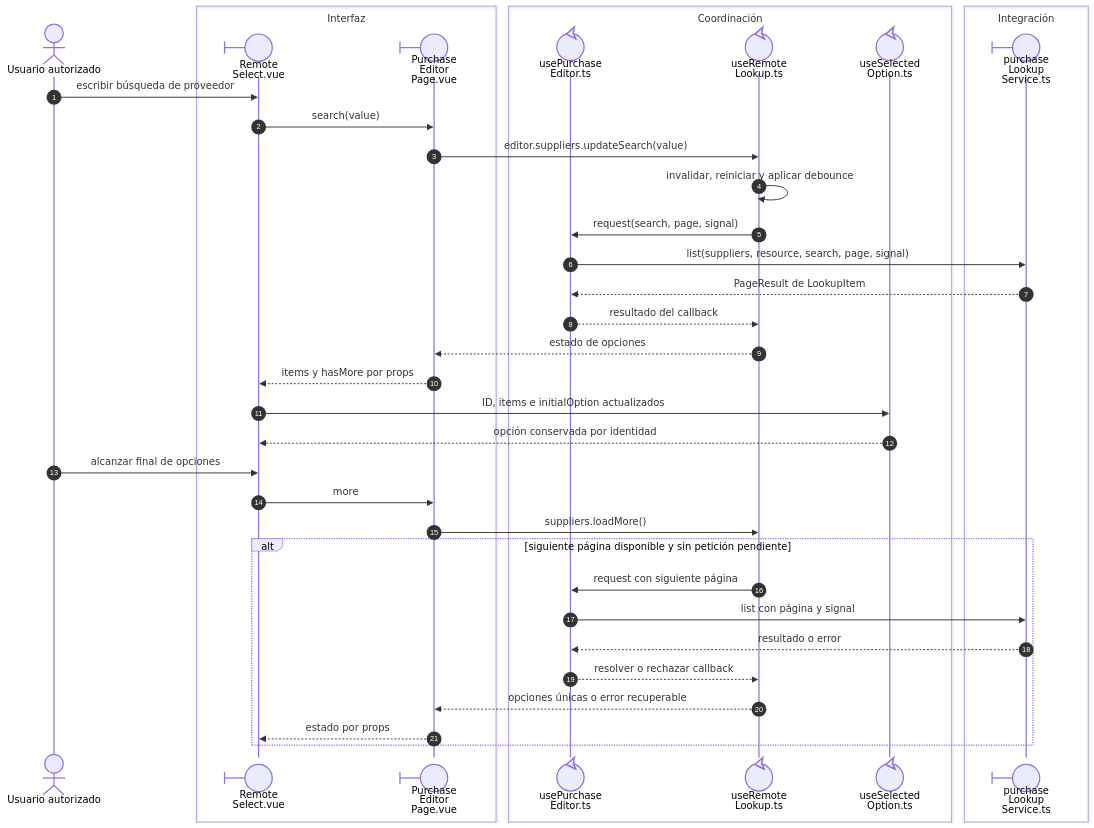
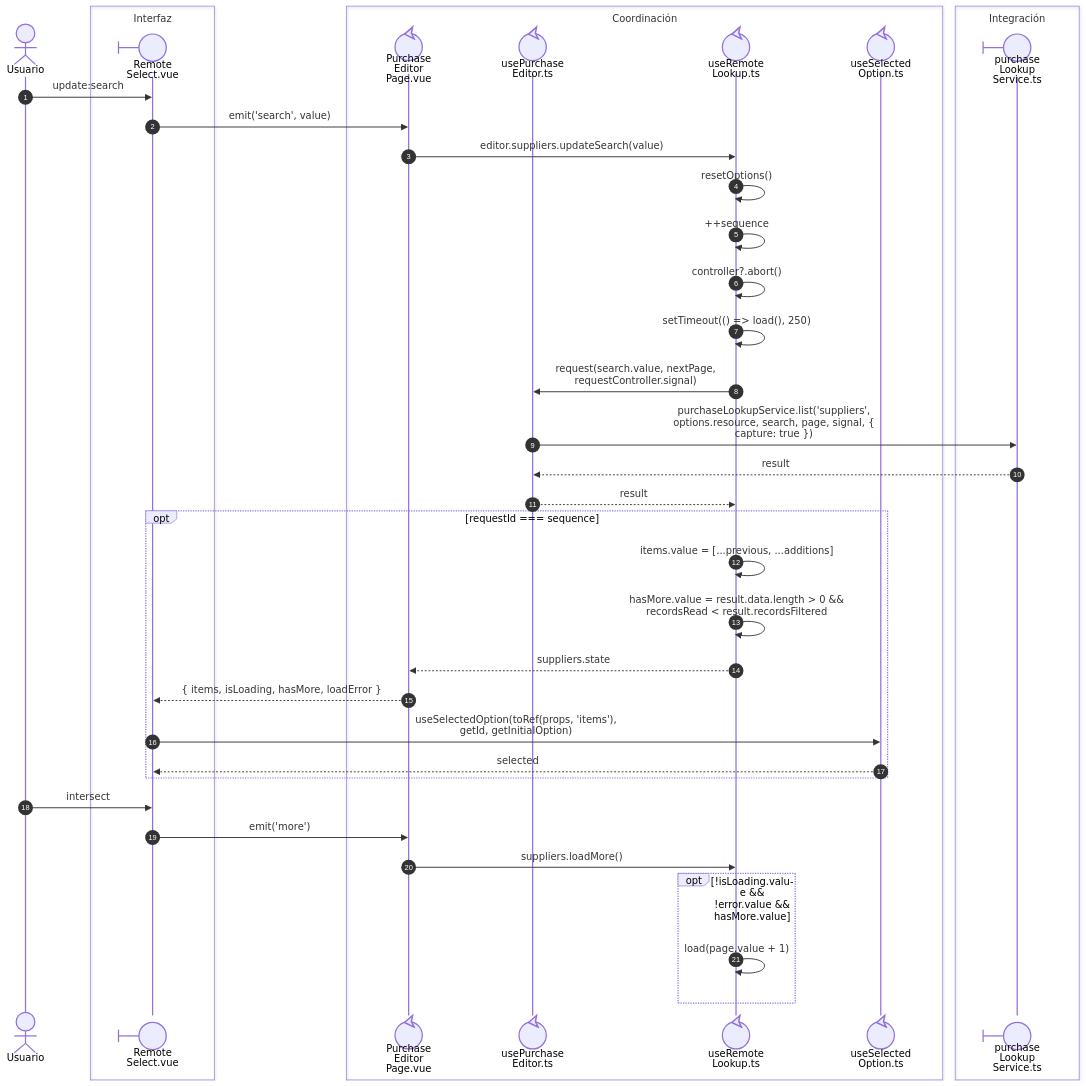
The diagram in front/docs/architecture/views/processes/02-shared-runtime/03-remote-lookup.md (gpgsistemas01/nexus), drawn with Mermaid before and after one commit. The commit also changed other lines of this file and 43 other files, not shown here.

````diff
--- a/front/docs/architecture/views/processes/02-shared-runtime/03-remote-lookup.md
+++ b/front/docs/architecture/views/processes/02-shared-runtime/03-remote-lookup.md
@@ -13,40 +9,42 @@
 ```mermaid
 sequenceDiagram
     autonumber
-    actor U as Usuario autorizado
+    actor U as Usuario
     box Interfaz
     participant Select@{ "type": "boundary" } as Remote<br/>Select.vue
-    participant Page@{ "type": "boundary" } as Purchase<br/>Editor<br/>Page.vue
     end
     box Coordinación
+    participant Page@{ "type": "control" } as Purchase<br/>Editor<br/>Page.vue
     participant Editor@{ "type": "control" } as usePurchase<br/>Editor.ts
     participant Lookup@{ "type": "control" } as useRemote<br/>Lookup.ts
     participant Selection@{ "type": "control" } as useSelected<br/>Option.ts
     end
     box Integración
     participant Service@{ "type": "boundary" } as purchase<br/>Lookup<br/>Service.ts
     end
-    U->>Select: escribir búsqueda de proveedor
-    Select->>Page: search(value)
-    Page->>Lookup: editor.suppliers.updateSearch(value)
-    Lookup->>Lookup: invalidar, reiniciar y aplicar debounce
-    Lookup->>Editor: request(search, page, signal)
-    Editor->>Service: list(suppliers, resource, search, page, signal)
-    Service-->>Editor: PageResult de LookupItem
-    Editor-->>Lookup: resultado del callback
-    Lookup-->>Page: estado de opciones
-    Page-->>Select: items y hasMore por props
-    Select->>Selection: ID, items e initialOption actualizados
-    Selection-->>Select: opción conservada por identidad
-    U->>Select: alcanzar final de opciones
-    Select->>Page: more
-    Page->>Lookup: suppliers.loadMore()
-    alt siguiente página disponible y sin petición pendiente
-        Lookup->>Editor: request con siguiente página
-        Editor->>Service: list con página y signal
-        Service-->>Editor: resultado o error
-        Editor-->>Lookup: resolver o rechazar callback
-        Lookup-->>Page: opciones únicas o error recuperable
-        Page-->>Select: estado por props
+    U->>Select: nowrap: update:search
+    Select->>Page: nowrap: emit('search', value)
+    Page->>Lookup: nowrap: editor.suppliers.updateSearch(value)
+    Lookup->>Lookup: nowrap: resetOptions()
+    Lookup->>Lookup: nowrap: ++sequence
+    Lookup->>Lookup: nowrap: controller?.abort()
+    Lookup->>Lookup: nowrap: setTimeout(() => load(), 250)
+    Lookup->>Editor: nowrap: request(search.value, nextPage,<br/>requestController.signal)
+    Editor->>Service: nowrap: purchaseLookupService.list('suppliers',<br/>options.resource, search, page, signal, {<br/>capture: true })
+    Service-->>Editor: nowrap: result
+    Editor-->>Lookup: nowrap: result
+    opt nowrap: requestId === sequence
+        Lookup->>Lookup: nowrap: items.value = [...previous, ...additions]
+        Lookup->>Lookup: nowrap: hasMore.value = result.data.length > 0 &&<br/>recordsRead < result.recordsFiltered
+        Lookup-->>Page: nowrap: suppliers.state
+        Page-->>Select: nowrap: { items, isLoading, hasMore, loadError }
+        Select->>Selection: nowrap: useSelectedOption(toRef(props, 'items'),<br/>getId, getInitialOption)
+        Selection-->>Select: nowrap: selected
+    end
+    U->>Select: nowrap: intersect
+    Select->>Page: nowrap: emit('more')
+    Page->>Lookup: nowrap: suppliers.loadMore()
+    opt nowrap: !isLoading.value && !error.value && hasMore.value
+        Lookup->>Lookup: nowrap: load(page.value + 1)
     end
 ```
````
